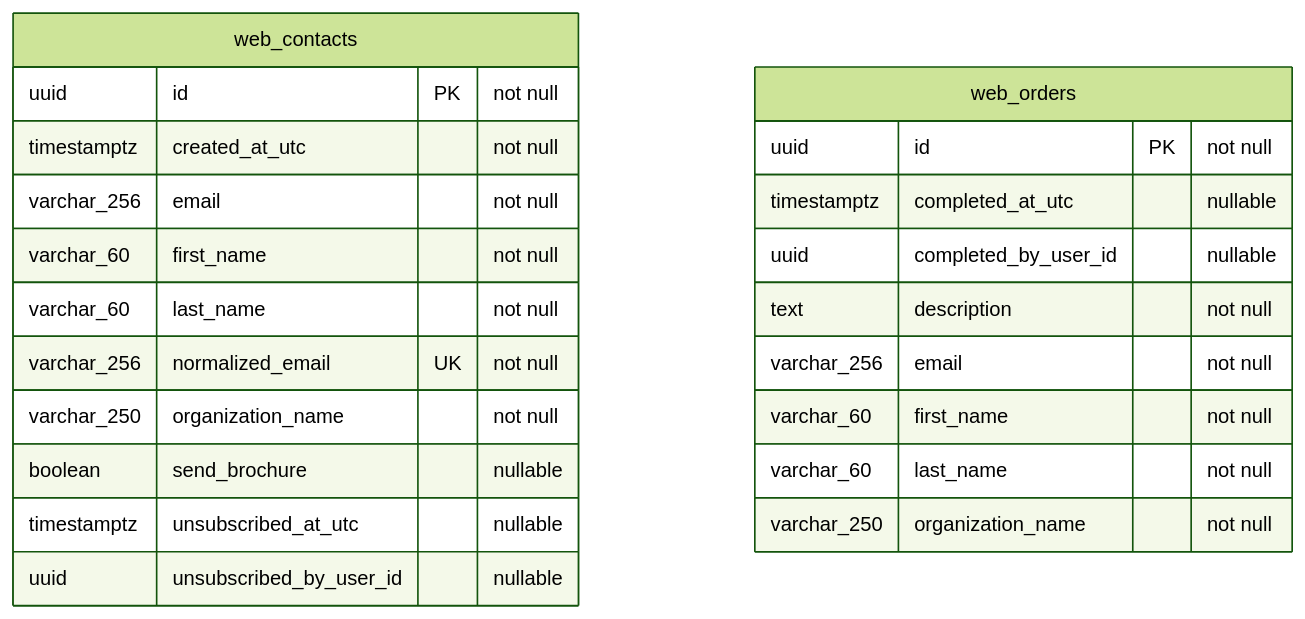
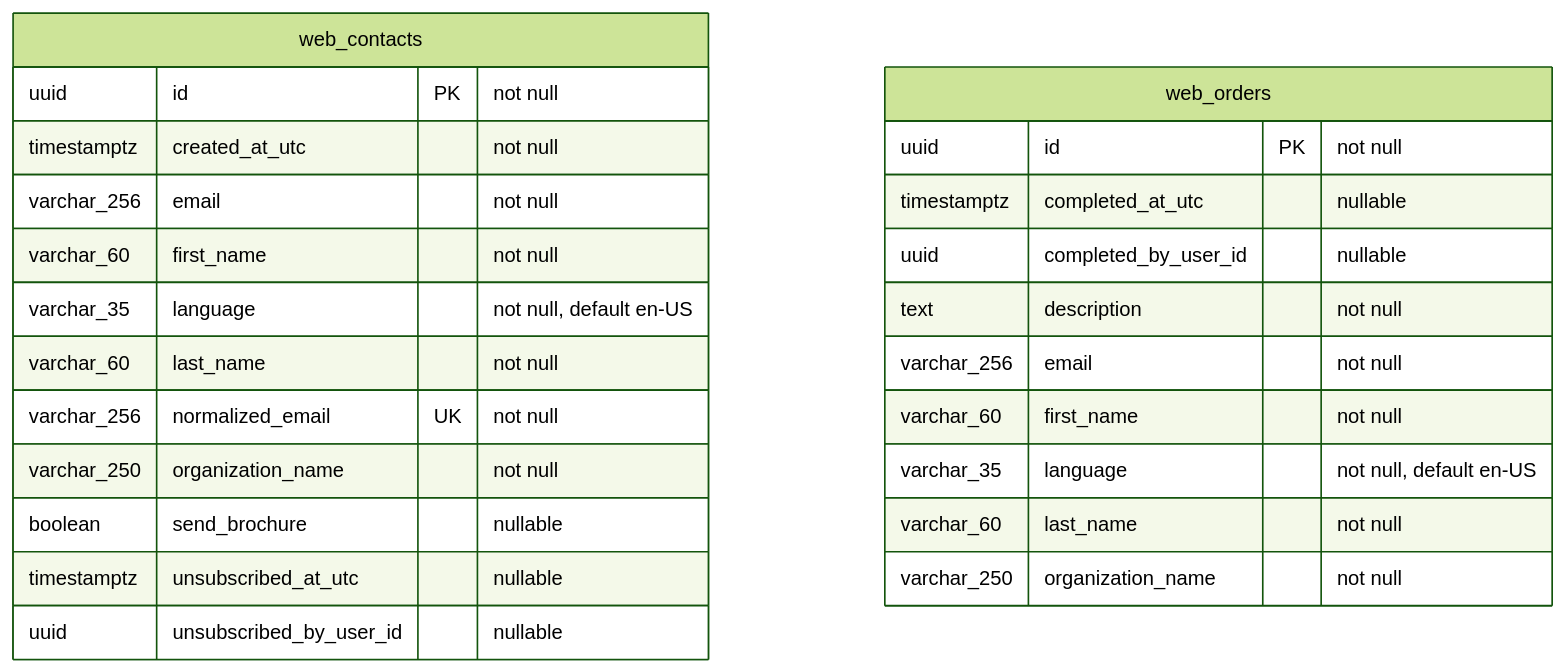
Diagram 15 of 15 in docs/database-erd.md (behaack/phaeno-ops-mgmt-system), drawn with Mermaid (forest theme) before and after one commit. The commit also changed 35 other files, not shown here.

````diff
--- a/docs/database-erd.md
+++ b/docs/database-erd.md
@@ -1551,25 +1551,27 @@
 ```mermaid
 erDiagram
     web_contacts {
         uuid id PK "not null"
         timestamptz created_at_utc "not null"
         varchar_256 email "not null"
         varchar_60 first_name "not null"
+        varchar_35 language "not null, default en-US"
         varchar_60 last_name "not null"
         varchar_256 normalized_email UK "not null"
         varchar_250 organization_name "not null"
         boolean send_brochure "nullable"
         timestamptz unsubscribed_at_utc "nullable"
         uuid unsubscribed_by_user_id "nullable"
     }
     web_orders {
         uuid id PK "not null"
         timestamptz completed_at_utc "nullable"
         uuid completed_by_user_id "nullable"
         text description "not null"
         varchar_256 email "not null"
         varchar_60 first_name "not null"
+        varchar_35 language "not null, default en-US"
         varchar_60 last_name "not null"
         varchar_250 organization_name "not null"
     }
 ```
````
